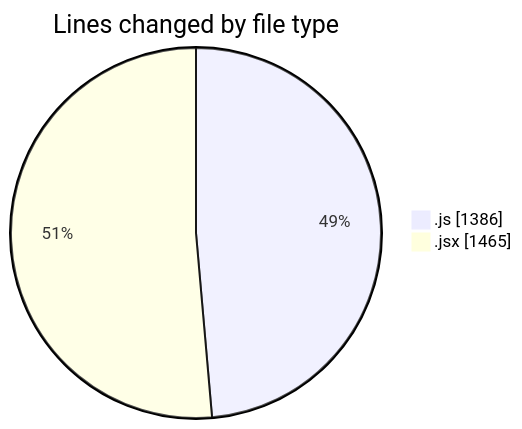
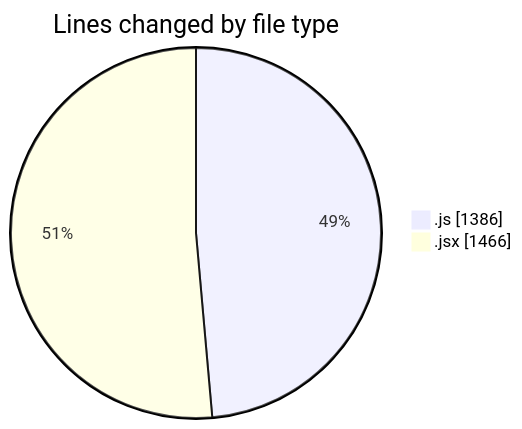
One commit to nxtqubesakshisongat/code-tracking changed the first of 2 diagrams in 2025-07-29/nxtqube_webapp/README.md. Above: the diagram before and after it, drawn with Mermaid. The commit also changed other lines of this file and 1 other file, not shown here.

````diff
--- a/2025-07-29/nxtqube_webapp/README.md
+++ b/2025-07-29/nxtqube_webapp/README.md
@@ -27,6 +27,6 @@
 ```mermaid
 pie showData
 title Lines changed by file type
 ".js" : 1386
-".jsx" : 1465
+".jsx" : 1466
 ```
````
